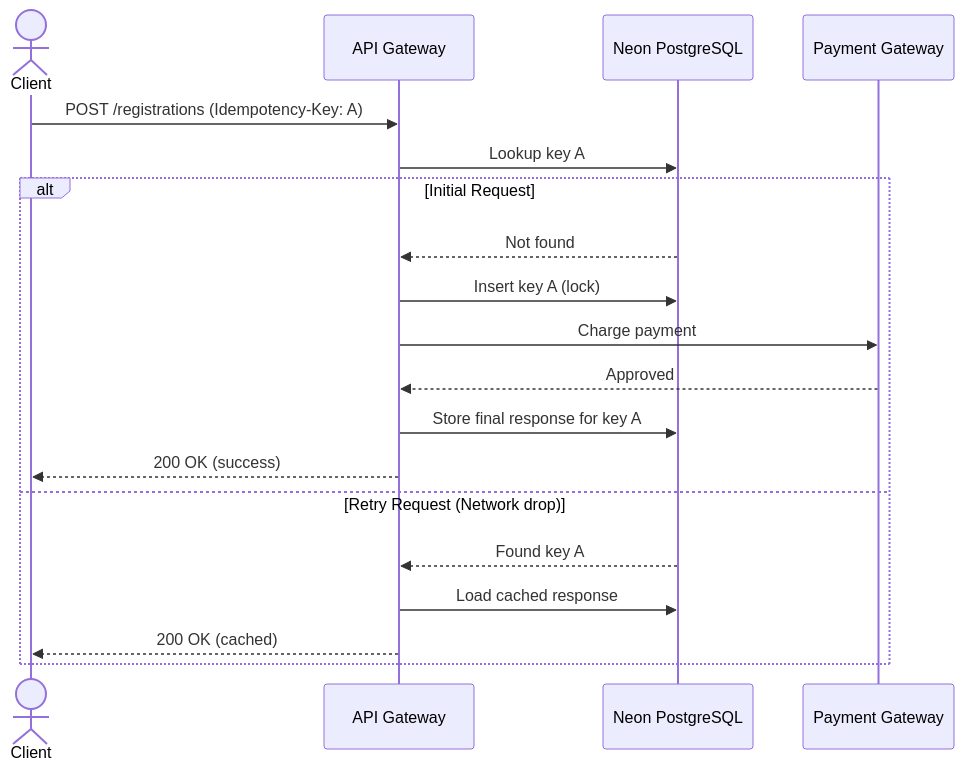
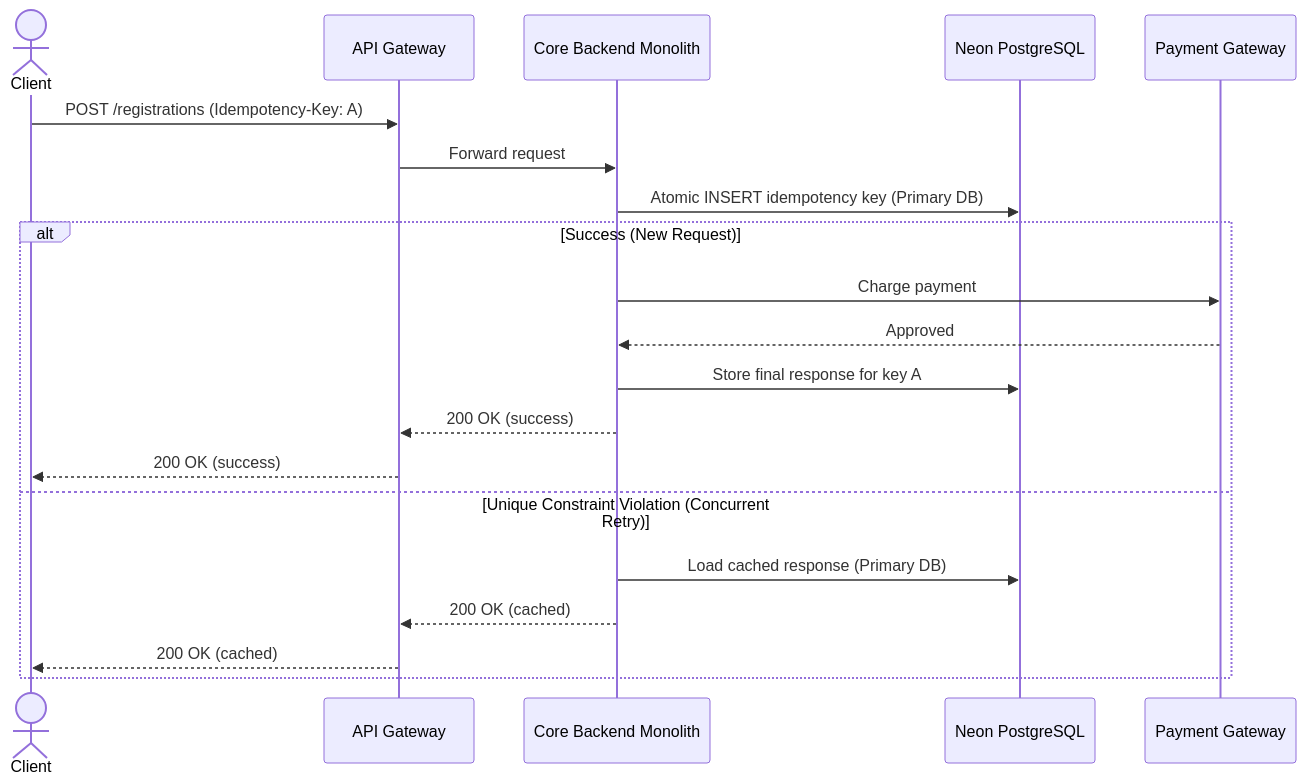
The tenth of 11 diagrams in blueprint/design.md (phatnguyen975/unihub-workshop), drawn with Mermaid before and after one commit. The commit also changed other lines of this file, not shown here.

````diff
--- a/blueprint/design.md
+++ b/blueprint/design.md
@@ -765,22 +776,23 @@
 ```mermaid
 sequenceDiagram
   actor Client
   participant GW as API Gateway
+  participant API as Core Backend Monolith
   participant DB as Neon PostgreSQL
   participant Pay as Payment Gateway
 
   Client->>GW: POST /registrations (Idempotency-Key: A)
-  GW->>DB: Lookup key A
-  alt Initial Request
-    DB-->>GW: Not found
-    GW->>DB: Insert key A (lock)
-    GW->>Pay: Charge payment
-    Pay-->>GW: Approved
-    GW->>DB: Store final response for key A
+  GW->>API: Forward request
+  API->>DB: Atomic INSERT idempotency key (Primary DB)
+  alt Success (New Request)
+    API->>Pay: Charge payment
+    Pay-->>API: Approved
+    API->>DB: Store final response for key A
+    API-->>GW: 200 OK (success)
     GW-->>Client: 200 OK (success)
-  else Retry Request (Network drop)
-    DB-->>GW: Found key A
-    GW->>DB: Load cached response
+  else Unique Constraint Violation (Concurrent Retry)
+    API->>DB: Load cached response (Primary DB)
+    API-->>GW: 200 OK (cached)
     GW-->>Client: 200 OK (cached)
   end
 ```
````
